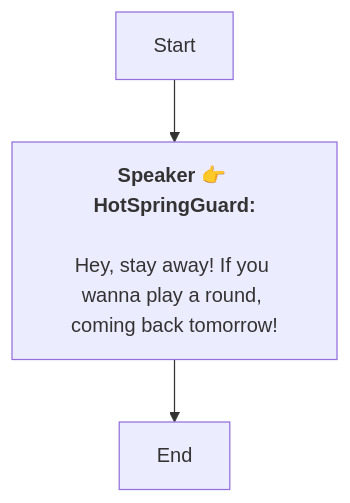
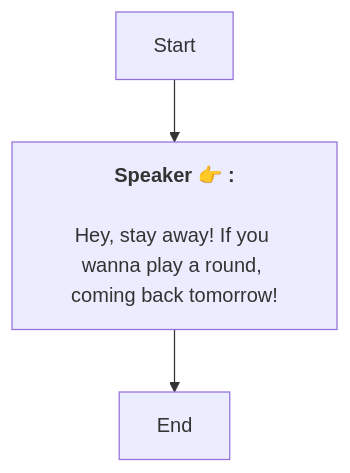
Before and after one commit to SoftHu/tos_avg: the diagram in Zh/heart_4_2_3_4.md, drawn with Mermaid. The commit also changed 780 other files, not shown here.

````diff
--- a/Zh/heart_4_2_3_4.md
+++ b/Zh/heart_4_2_3_4.md
@@ -1,7 +1,7 @@
 ```mermaid
 graph
-Start -->1772954816185639[<b>Speaker 👉 HotSpringGuard:</b>
+Start -->1772954816185639[<b>Speaker 👉 :</b>
 \nHey, stay away! If you wanna play a round, coming back tomorrow!]
 1772954816185639 -->1772954972465448[End]
 
 ```
````
